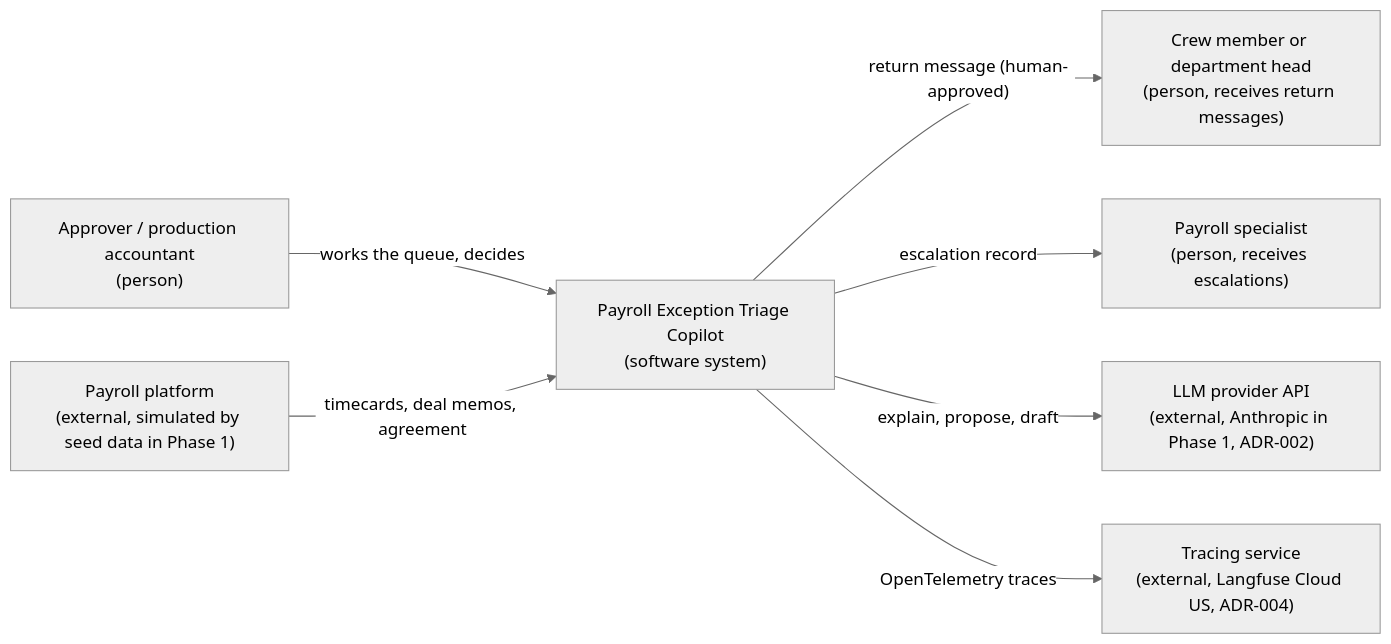
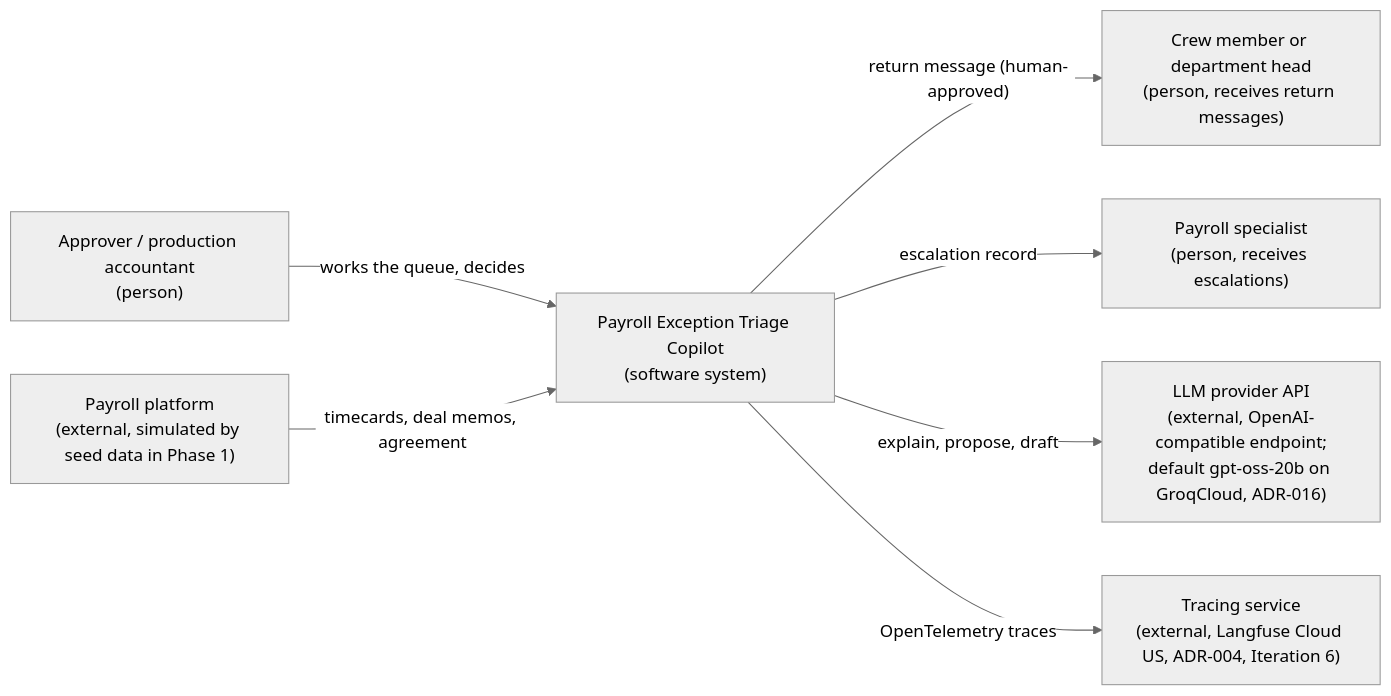
The first of 5 diagrams in docs/architecture/overview.md (Roygrh/payroll-exception-triage-copilot), drawn with Mermaid (neutral theme) before and after one commit. The commit also changed other lines of this file and 87 other files, not shown here.

First line of the commit message:
Add MEAL_PERIOD vertical slice with real LLM, retrieval, human checkpoint and API

````diff
--- a/docs/architecture/overview.md
+++ b/docs/architecture/overview.md
@@ -7,17 +7,17 @@
 ```mermaid
 flowchart LR
     approver["Approver / production accountant<br/>(person)"]
     specialist["Payroll specialist<br/>(person, receives escalations)"]
     employee["Crew member or department head<br/>(person, receives return messages)"]
     system["Payroll Exception Triage Copilot<br/>(software system)"]
-    llm["LLM provider API<br/>(external, Anthropic in Phase 1, ADR-002)"]
-    tracing["Tracing service<br/>(external, Langfuse Cloud US, ADR-004)"]
+    llm["LLM provider API<br/>(external, OpenAI-compatible endpoint;<br/>default gpt-oss-20b on GroqCloud, ADR-016)"]
+    tracing["Tracing service<br/>(external, Langfuse Cloud US, ADR-004, Iteration 6)"]
     payroll["Payroll platform<br/>(external, simulated by seed data in Phase 1)"]
 
     approver -->|"works the queue, decides"| system
     system -->|"return message (human-approved)"| employee
     system -->|"escalation record"| specialist
     system -->|"explain, propose, draft"| llm
     system -->|"OpenTelemetry traces"| tracing
     payroll -->|"timecards, deal memos, agreement"| system
 ```
````
